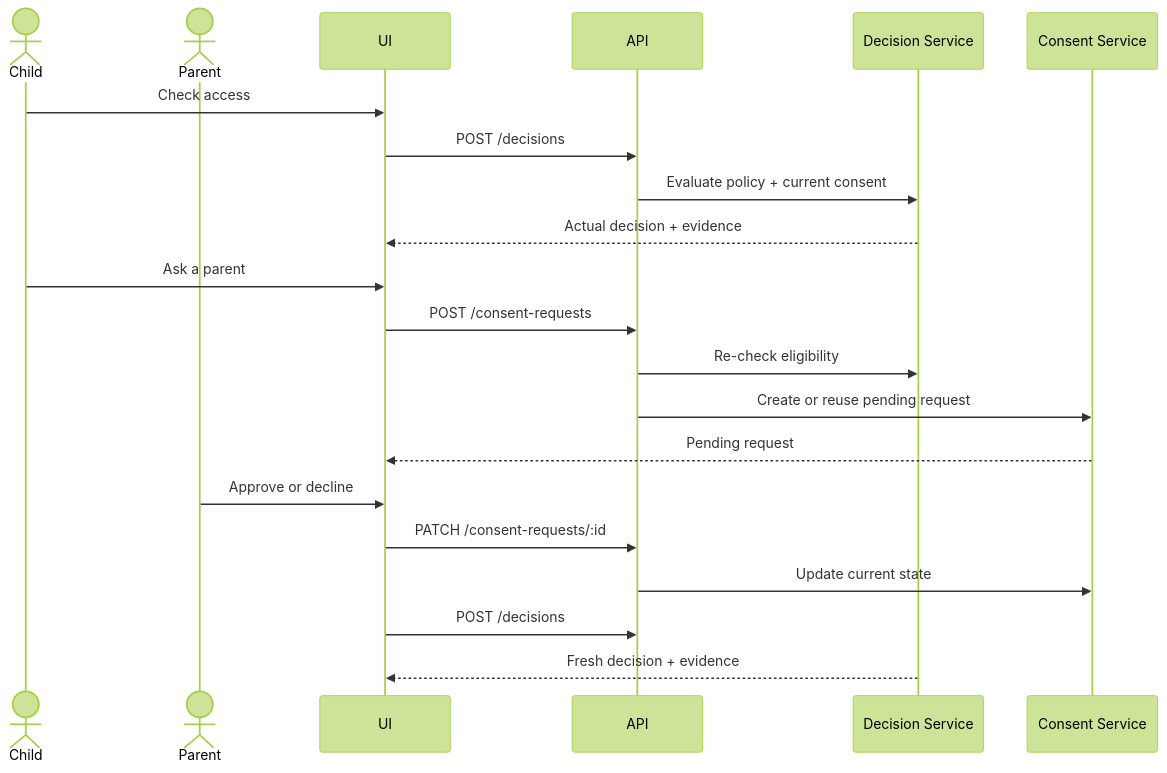
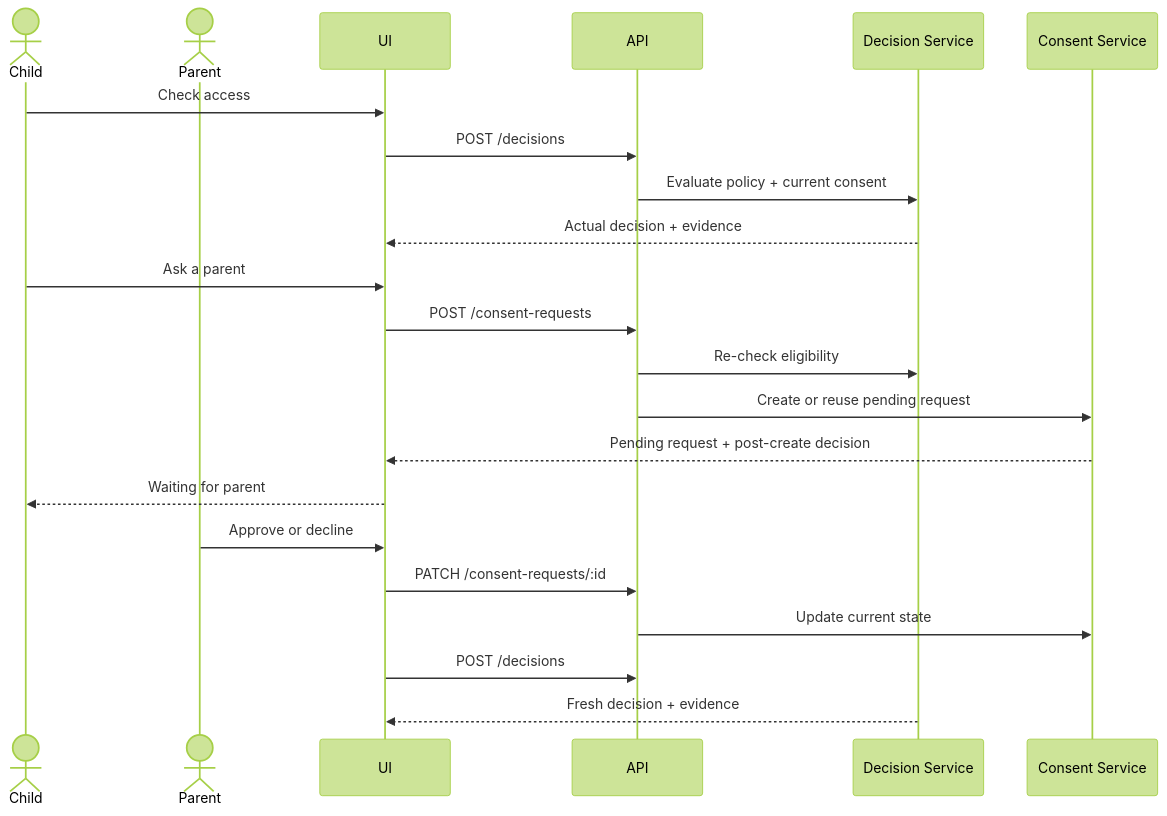
The eighth of 8 diagrams in INTERVIEW_SPEC.md (licaomeng/consent-gate), drawn with Mermaid (forest theme) before and after one commit. The commit also changed other lines of this file and 3 other files, not shown here.

````diff
--- a/INTERVIEW_SPEC.md
+++ b/INTERVIEW_SPEC.md
@@ -405,24 +416,25 @@
 ```mermaid
 sequenceDiagram
     actor Child
     actor Parent
     participant UI
     participant API
     participant Decision as Decision Service
     participant Consent as Consent Service
 
     Child->>UI: Check access
     UI->>API: POST /decisions
     API->>Decision: Evaluate policy + current consent
     Decision-->>UI: Actual decision + evidence
     Child->>UI: Ask a parent
     UI->>API: POST /consent-requests
     API->>Decision: Re-check eligibility
     API->>Consent: Create or reuse pending request
-    Consent-->>UI: Pending request
+    Consent-->>UI: Pending request + post-create decision
+    UI-->>Child: Waiting for parent
     Parent->>UI: Approve or decline
     UI->>API: PATCH /consent-requests/:id
     API->>Consent: Update current state
     UI->>API: POST /decisions
     Decision-->>UI: Fresh decision + evidence
 ```
````
